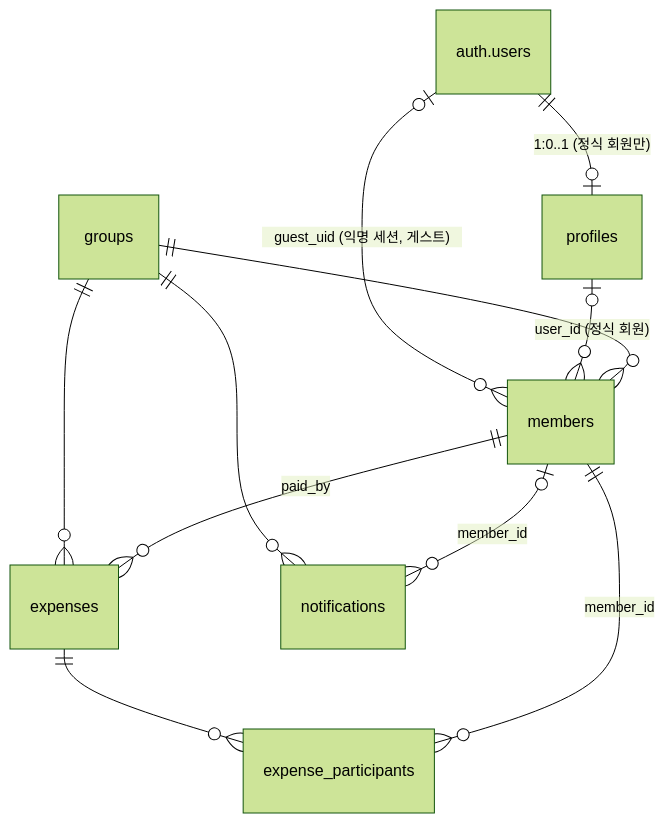
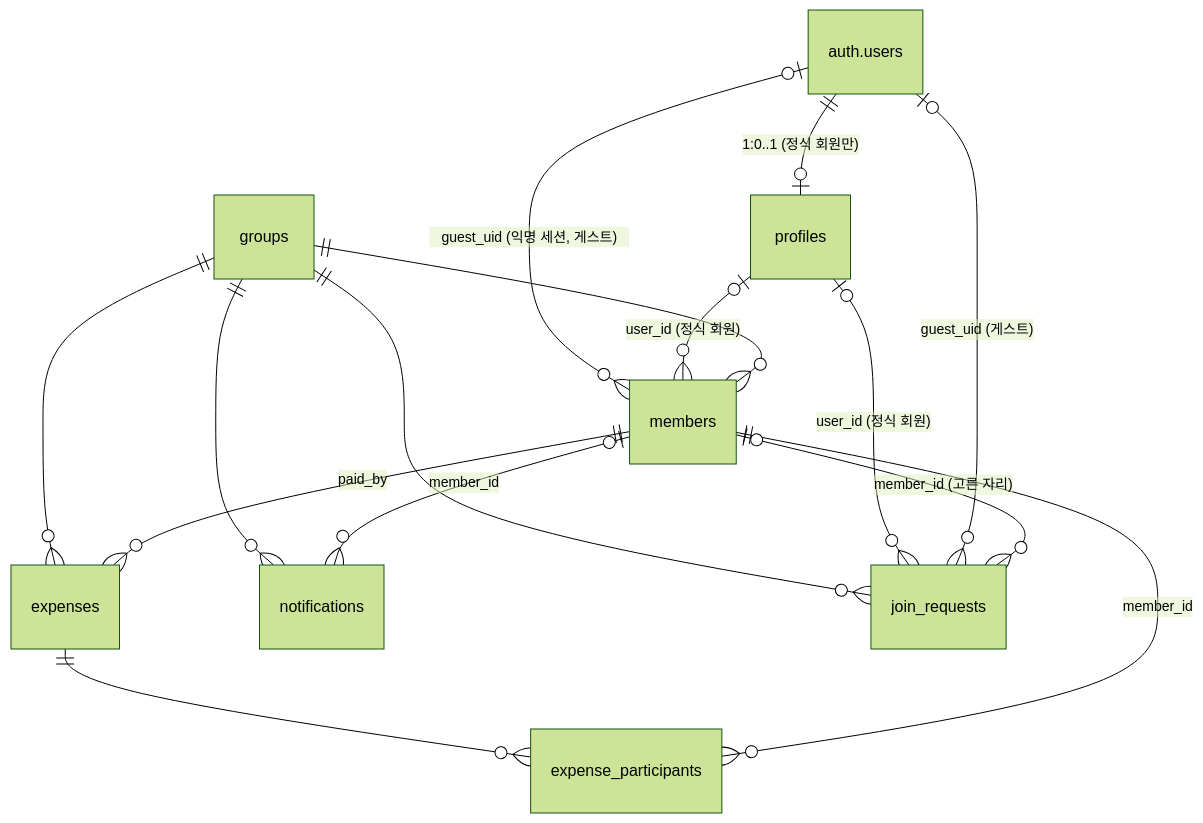
The diagram in docs/spec/schema.md (mingsunny/nonanae), drawn with Mermaid (forest theme) before and after one commit. The commit also changed other lines of this file and 27 other files, not shown here.

````diff
--- a/docs/spec/schema.md
+++ b/docs/spec/schema.md
@@ -125,13 +139,17 @@
 ```mermaid
 erDiagram
     "auth.users" ||--o| profiles : "1:0..1 (정식 회원만)"
     "auth.users" |o--o{ members : "guest_uid (익명 세션, 게스트)"
     profiles |o--o{ members : "user_id (정식 회원)"
     groups ||--o{ members : ""
     groups ||--o{ expenses : ""
     groups ||--o{ notifications : ""
     members ||--o{ expenses : "paid_by"
     expenses ||--o{ expense_participants : ""
     members ||--o{ expense_participants : "member_id"
     members |o--o{ notifications : "member_id"
+    groups ||--o{ join_requests : ""
+    profiles |o--o{ join_requests : "user_id (정식 회원)"
+    "auth.users" |o--o{ join_requests : "guest_uid (게스트)"
+    members |o--o{ join_requests : "member_id (고른 자리)"
 ```
````
